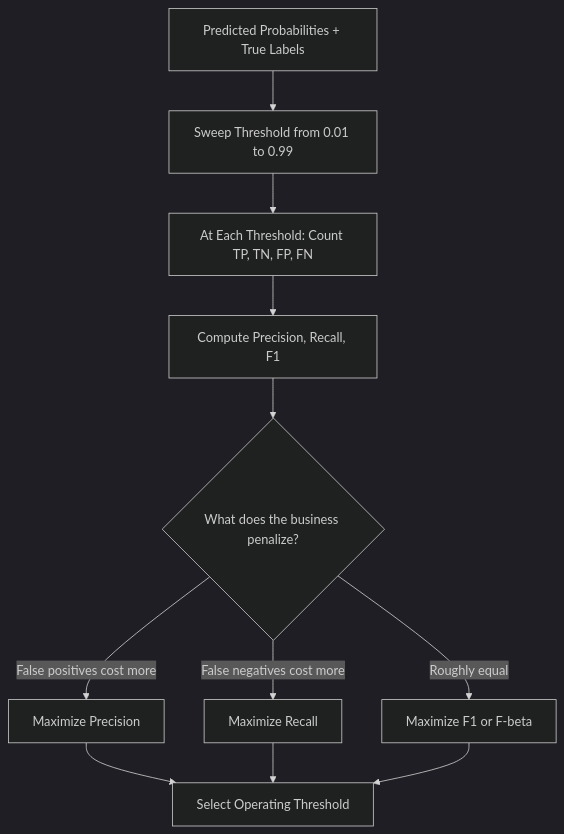
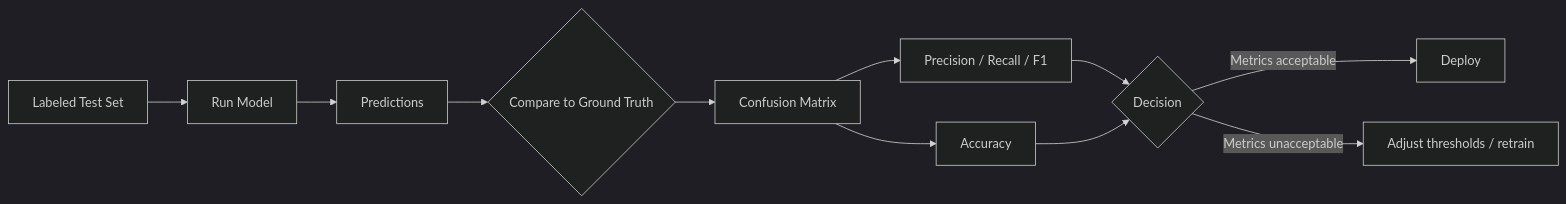
Before and after one commit to BlueSkyGTM/full-stack-gtm: the diagram in stages/02-lesson-injection/output/hybrid-lessons/02-ml-fundamentals/09-model-evaluation/docs/en.md, drawn with Mermaid (dark theme). The commit also changed other lines of this file and 504 other files, not shown here.

````diff
--- a/stages/02-lesson-injection/output/hybrid-lessons/02-ml-fundamentals/09-model-evaluation/docs/en.md
+++ b/stages/02-lesson-injection/output/hybrid-lessons/02-ml-fundamentals/09-model-evaluation/docs/en.md
@@ -25,13 +35,13 @@
 ```mermaid
-flowchart TD
-    A[Predicted Probabilities + True Labels] --> B[Sweep Threshold from 0.01 to 0.99]
-    B --> C[At Each Threshold: Count TP, TN, FP, FN]
-    C --> D[Compute Precision, Recall, F1]
-    D --> E{What does the business penalize?}
-    E -->|False positives cost more| F[Maximize Precision]
-    E -->|False negatives cost more| G[Maximize Recall]
-    E -->|Roughly equal| H[Maximize F1 or F-beta]
-    F --> I[Select Operating Threshold]
-    G --> I
-    H --> I
+flowchart LR
+    A[Labeled Test Set] --> B[Run Model]
+    B --> C[Predictions]
+    C --> D{Compare to Ground Truth}
+    D --> E[Confusion Matrix]
+    E --> F[Precision / Recall / F1]
+    E --> G[Accuracy]
+    F --> H{Decision}
+    G --> H
+    H -->|Metrics acceptable| I[Deploy]
+    H -->|Metrics unacceptable| J[Adjust thresholds / retrain]
 ```
````
